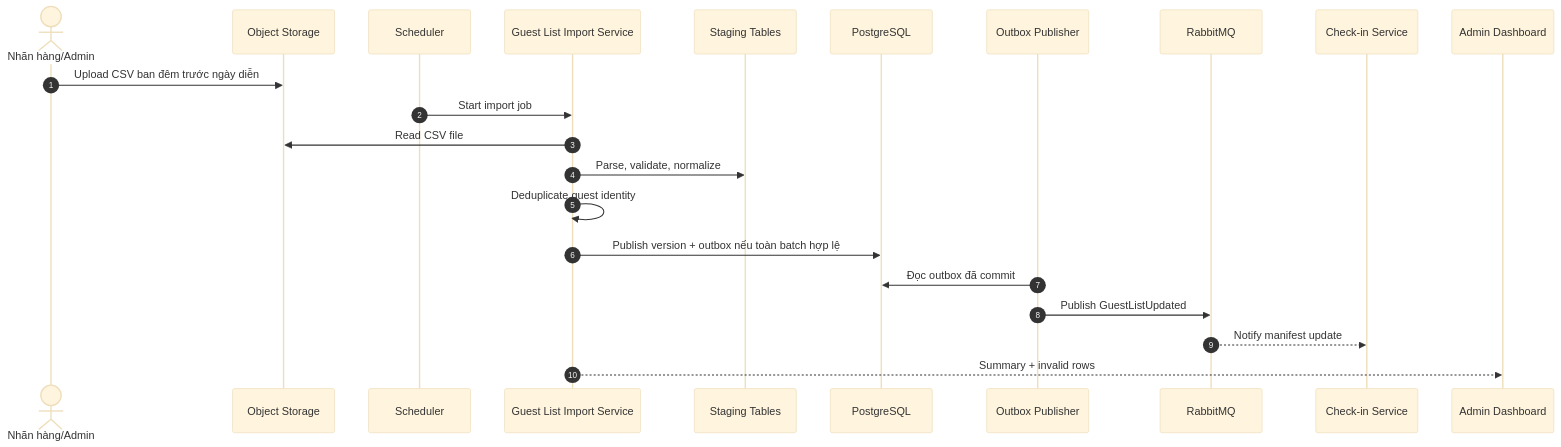
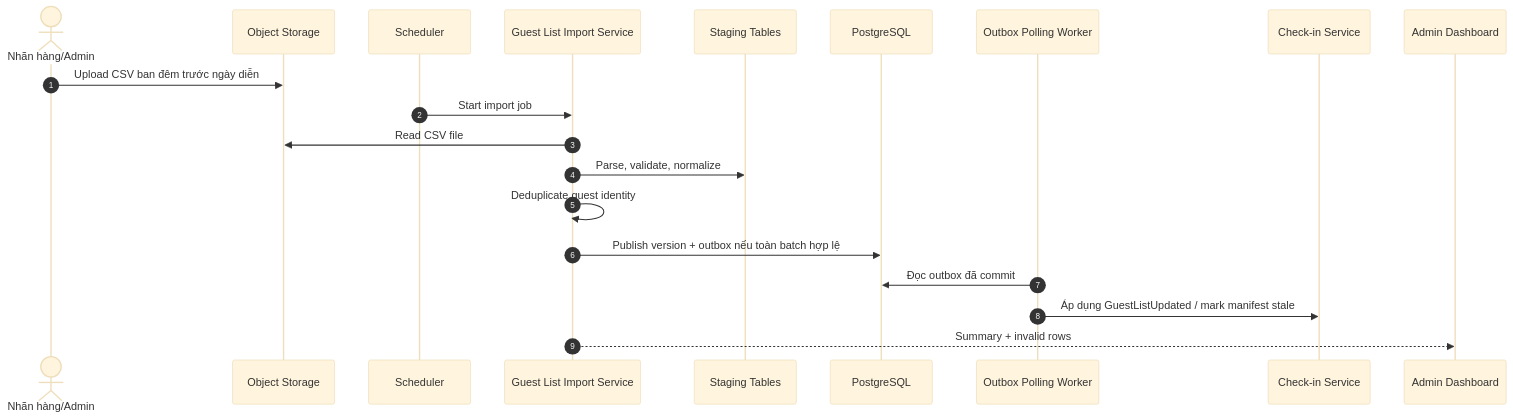
Before and after one commit to Toanapr/ticket-box: the third of 5 diagrams in blueprint/05-business-flows.md, drawn with Mermaid (base theme). The commit also changed other lines of this file and 16 other files, not shown here.

````diff
--- a/blueprint/05-business-flows.md
+++ b/blueprint/05-business-flows.md
@@ -95,25 +95,23 @@
 ```mermaid
 sequenceDiagram
     autonumber
     actor Sponsor as Nhãn hàng/Admin
     participant Storage as Object Storage
     participant Scheduler as Scheduler
     participant Import as Guest List Import Service
     participant Staging as Staging Tables
     participant DB as PostgreSQL
-    participant Outbox as Outbox Publisher
-    participant Bus as RabbitMQ
+    participant OutboxWorker as Outbox Polling Worker
     participant Checkin as Check-in Service
     participant Admin as Admin Dashboard
 
     Sponsor->>Storage: Upload CSV ban đêm trước ngày diễn
     Scheduler->>Import: Start import job
     Import->>Storage: Read CSV file
     Import->>Staging: Parse, validate, normalize
     Import->>Import: Deduplicate guest identity
     Import->>DB: Publish version + outbox nếu toàn batch hợp lệ
-    Outbox->>DB: Đọc outbox đã commit
-    Outbox->>Bus: Publish GuestListUpdated
-    Bus-->>Checkin: Notify manifest update
+    OutboxWorker->>DB: Đọc outbox đã commit
+    OutboxWorker->>Checkin: Áp dụng GuestListUpdated / mark manifest stale
     Import-->>Admin: Summary + invalid rows
 ```
````
